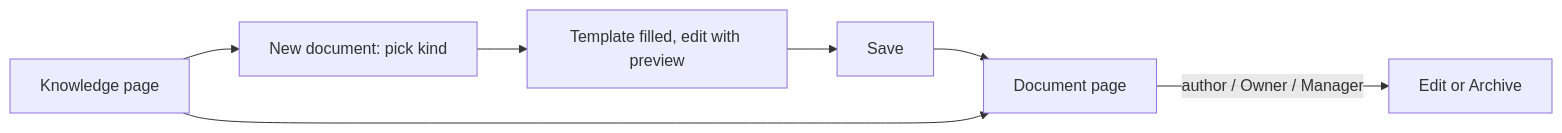
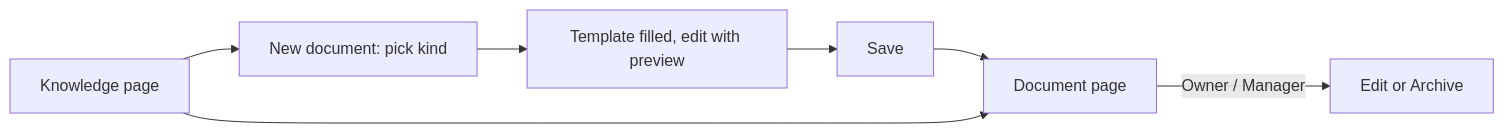
The second of 2 diagrams in docs/plans/15-knowledge-documents.md (unishare-oss/uniloom), drawn with Mermaid before and after one commit. The commit also changed other lines of this file and 6 other files, not shown here.

````diff
--- a/docs/plans/15-knowledge-documents.md
+++ b/docs/plans/15-knowledge-documents.md
@@ -89,8 +90,8 @@
 ```mermaid
 flowchart LR
   A["Knowledge page"] --> B["New document: pick kind"]
   B --> C["Template filled, edit with preview"]
   C --> D["Save"] --> E["Document page"]
   A --> E
-  E -->|author / Owner / Manager| F["Edit or Archive"]
+  E -->|Owner / Manager| F["Edit or Archive"]
 ```
````
